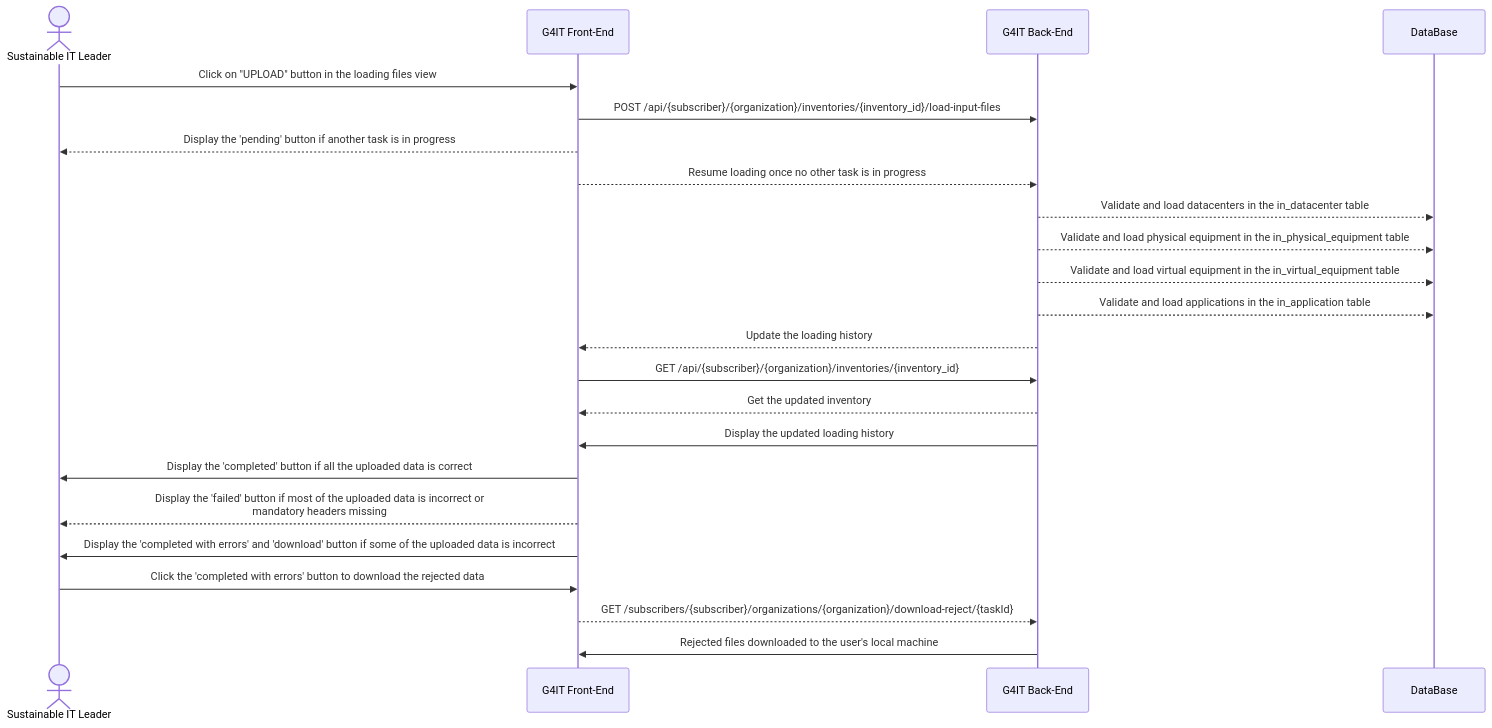
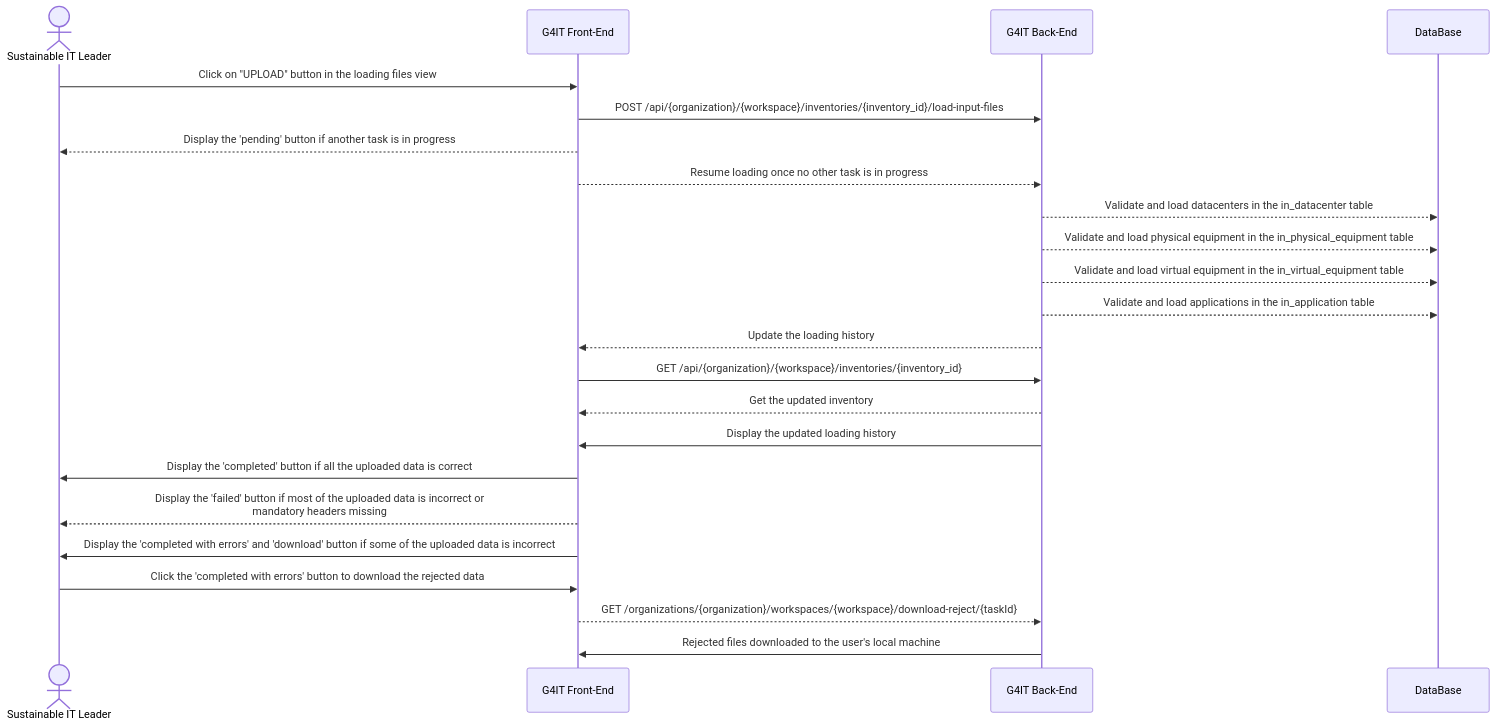
One commit to teamg4it/g4it changed the second of 2 diagrams in services/documentation/content/2-functional-documentation/use_cases/uc_inventory/uc3_load_files.md. Above: the diagram before and after it, drawn with Mermaid. The commit also changed other lines of this file and 92 other files, not shown here.

```diff
--- a/services/documentation/content/2-functional-documentation/use_cases/uc_inventory/uc3_load_files.md
+++ b/services/documentation/content/2-functional-documentation/use_cases/uc_inventory/uc3_load_files.md
@@ -104,26 +104,26 @@
 {{< mermaid >}}
 sequenceDiagram
 actor RND as Sustainable IT Leader
 participant front as G4IT Front-End
 participant back as G4IT Back-End
 participant DataBase
 
 RND ->> front: Click on "UPLOAD" button in the loading files view
-front ->> back: POST /api/{subscriber}/{organization}/inventories/{inventory_id}/load-input-files
+front ->> back: POST /api/{organization}/{workspace}/inventories/{inventory_id}/load-input-files
 front -->> RND : Display the 'pending' button if another task is in progress
 front -->> back: Resume loading once no other task is in progress
 back -->> DataBase: Validate and load datacenters in the in_datacenter table
 back -->> DataBase: Validate and load physical equipment in the in_physical_equipment table
 back -->> DataBase: Validate and load virtual equipment in the in_virtual_equipment table
 back -->> DataBase: Validate and load applications in the in_application table
 back -->> front: Update the loading history
-front ->> back: GET /api/{subscriber}/{organization}/inventories/{inventory_id}
+front ->> back: GET /api/{organization}/{workspace}/inventories/{inventory_id}
 back-->> front: Get the updated inventory
 back ->> front: Display the updated loading history
 front ->> RND : Display the 'completed' button if all the uploaded data is correct
 front -->> RND : Display the 'failed' button if most of the uploaded data is incorrect or <br> mandatory headers missing
 front ->> RND : Display the 'completed with errors' and 'download' button if some of the uploaded data is incorrect
 RND ->> front : Click the 'completed with errors' button to download the rejected data
-front -->> back: GET /subscribers/{subscriber}/organizations/{organization}/download-reject/{taskId}
+front -->> back: GET /organizations/{organization}/workspaces/{workspace}/download-reject/{taskId}
 back ->> front : Rejected files downloaded to the user's local machine
 {{< /mermaid >}}
```
